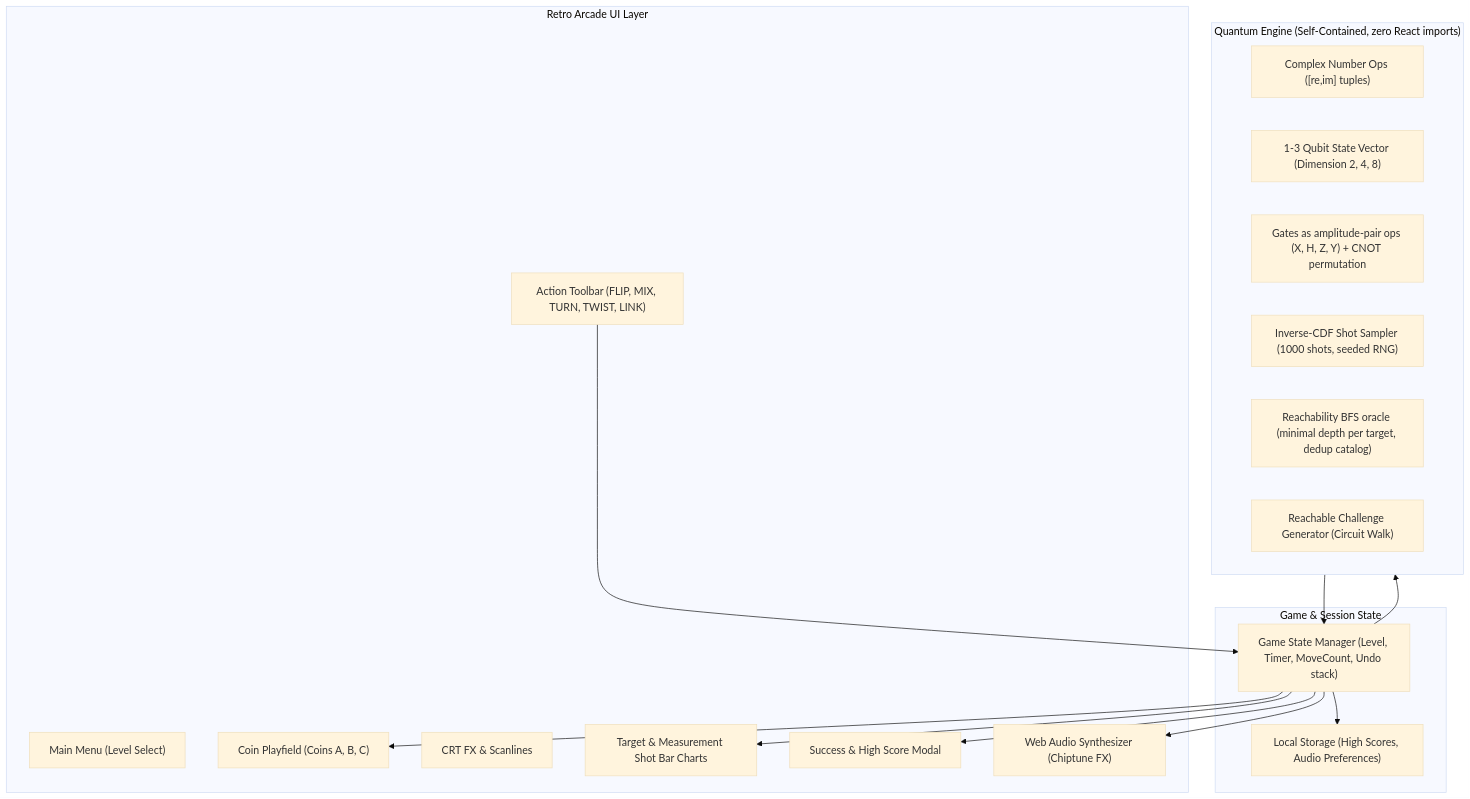
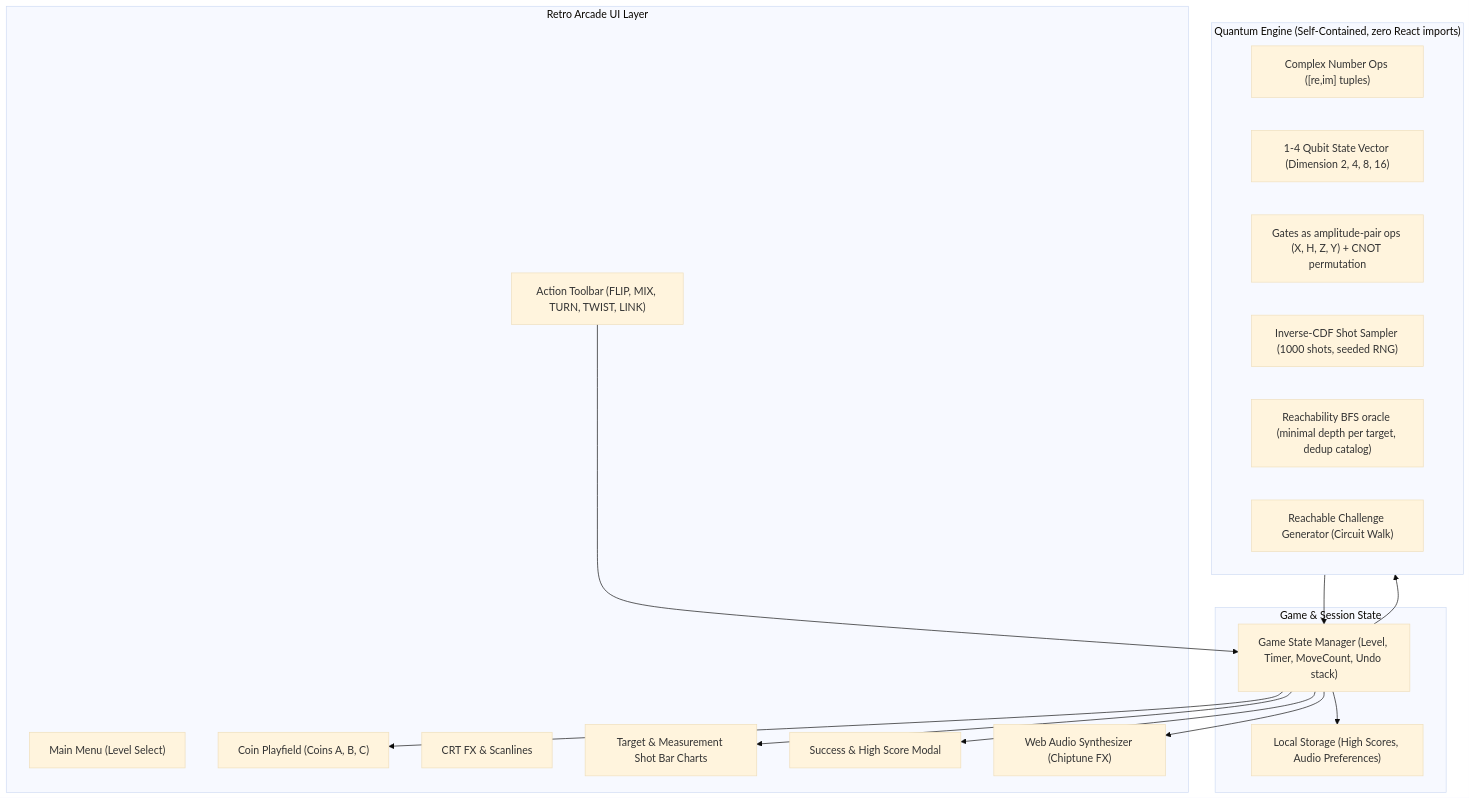
Before and after one commit to Shanwis/QuantumRush: the first of 2 diagrams in PLAN.md, drawn with Mermaid (base theme). The commit also changed other lines of this file and 21 other files, not shown here.

````diff
--- a/PLAN.md
+++ b/PLAN.md
@@ -36,35 +36,35 @@
 ```mermaid
 flowchart TD
     subgraph UI ["Retro Arcade UI Layer"]
         Menu["Main Menu (Level Select)"]
         Board["Coin Playfield (Coins A, B, C)"]
         CRT["CRT FX & Scanlines"]
         Controls["Action Toolbar (FLIP, MIX, TURN, TWIST, LINK)"]
         Histogram["Target & Measurement Shot Bar Charts"]
         SuccessModal["Success & High Score Modal"]
         SFX["Web Audio Synthesizer (Chiptune FX)"]
     end
 
     subgraph State ["Game & Session State"]
         StateManager["Game State Manager (Level, Timer, MoveCount, Undo stack)"]
         Storage["Local Storage (High Scores, Audio Preferences)"]
     end
 
     subgraph QuantumCore ["Quantum Engine (Self-Contained, zero React imports)"]
         ComplexMath["Complex Number Ops ([re,im] tuples)"]
-        StateVector["1-3 Qubit State Vector (Dimension 2, 4, 8)"]
+        StateVector["1-4 Qubit State Vector (Dimension 2, 4, 8, 16)"]
         Gates["Gates as amplitude-pair ops (X, H, Z, Y) + CNOT permutation"]
         Sampler["Inverse-CDF Shot Sampler (1000 shots, seeded RNG)"]
         Analysis["Reachability BFS oracle (minimal depth per target, dedup catalog)"]
         Generator["Reachable Challenge Generator (Circuit Walk)"]
     end
 
     Controls --> StateManager
     StateManager --> QuantumCore
     QuantumCore --> StateManager
     StateManager --> Board
     StateManager --> Histogram
     StateManager --> SFX
     StateManager --> Storage
     StateManager --> SuccessModal
 ```
````
